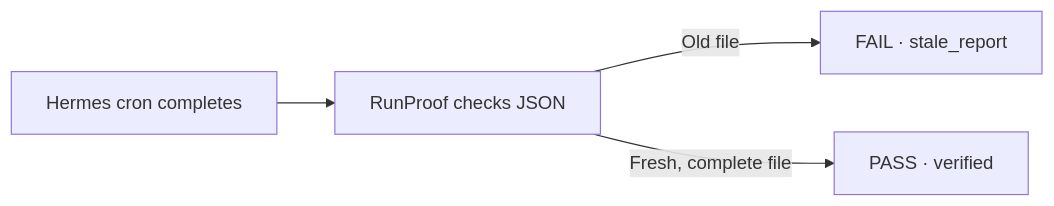
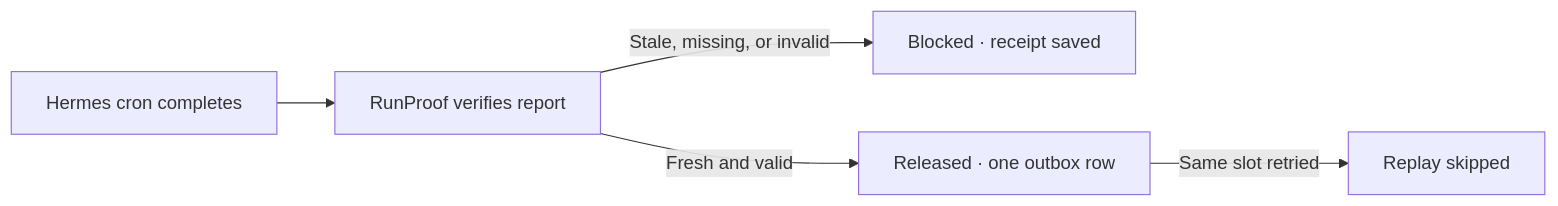
Before and after one commit to Biznomad/runproof: the diagram in README.md, drawn with Mermaid. The commit also changed other lines of this file and 7 other files, not shown here.

Commit message:
feat: gate downstream releases on verified cron evidence

````diff
--- a/README.md
+++ b/README.md
@@ -7,6 +7,7 @@
 ```mermaid
 flowchart LR
-    A["Hermes cron completes"] --> B["RunProof checks JSON"]
-    B -->|"Old file"| C["FAIL · stale_report"]
-    B -->|"Fresh, complete file"| D["PASS · verified"]
+    A["Hermes cron completes"] --> B["RunProof verifies report"]
+    B -->|"Stale, missing, or invalid"| C["Blocked · receipt saved"]
+    B -->|"Fresh and valid"| D["Released · one outbox row"]
+    D -->|"Same slot retried"| E["Replay skipped"]
 ```
````
